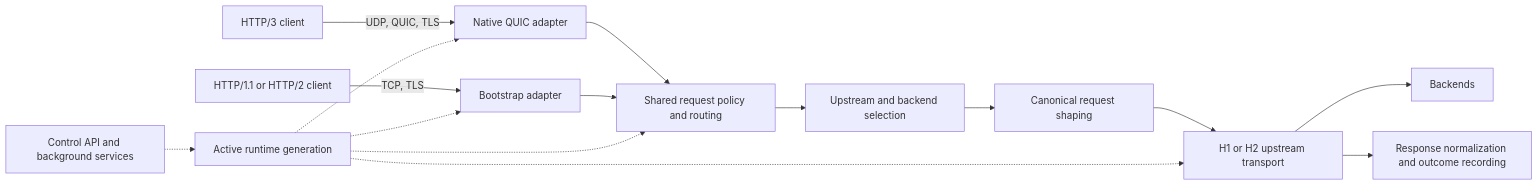
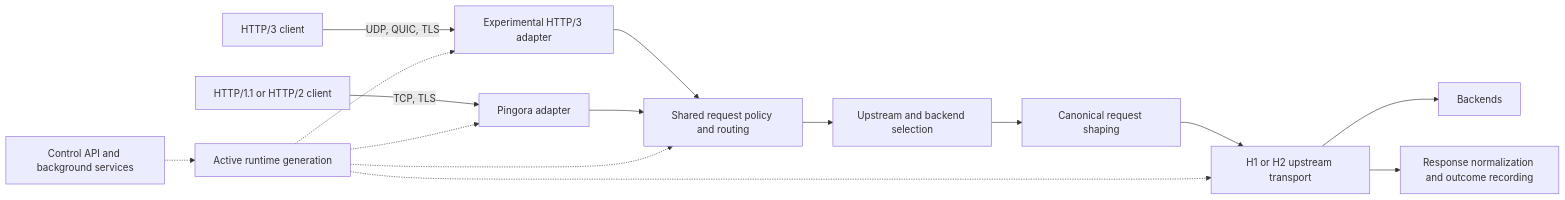
Before and after one commit to impulse-proxy/docs: the diagram in docs/architecture/overview.md, drawn with Mermaid. The commit also changed other lines of this file and 31 other files, not shown here.

````diff
--- a/docs/architecture/overview.md
+++ b/docs/architecture/overview.md
@@ -20,19 +20,19 @@
 ```mermaid
 flowchart LR
-    h3["HTTP/3 client"] -->|"UDP, QUIC, TLS"| native["Native QUIC adapter"]
-    compat["HTTP/1.1 or HTTP/2 client"] -->|"TCP, TLS"| bootstrap["Bootstrap adapter"]
+    h3["HTTP/3 client"] -->|"UDP, QUIC, TLS"| h3ingress["Experimental HTTP/3 adapter"]
+    compat["HTTP/1.1 or HTTP/2 client"] -->|"TCP, TLS"| pingora["Pingora adapter"]
 
-    native --> pipeline["Shared request policy and routing"]
-    bootstrap --> pipeline
+    h3ingress --> pipeline["Shared request policy and routing"]
+    pingora --> pipeline
     pipeline --> selection["Upstream and backend selection"]
     selection --> bridge["Canonical request shaping"]
     bridge --> transport["H1 or H2 upstream transport"]
     transport --> backends["Backends"]
     transport --> response["Response normalization and outcome recording"]
 
     control["Control API and background services"] -.-> runtime["Active runtime generation"]
-    runtime -.-> native
-    runtime -.-> bootstrap
+    runtime -.-> h3ingress
+    runtime -.-> pingora
     runtime -.-> pipeline
     runtime -.-> transport
 ```
````
